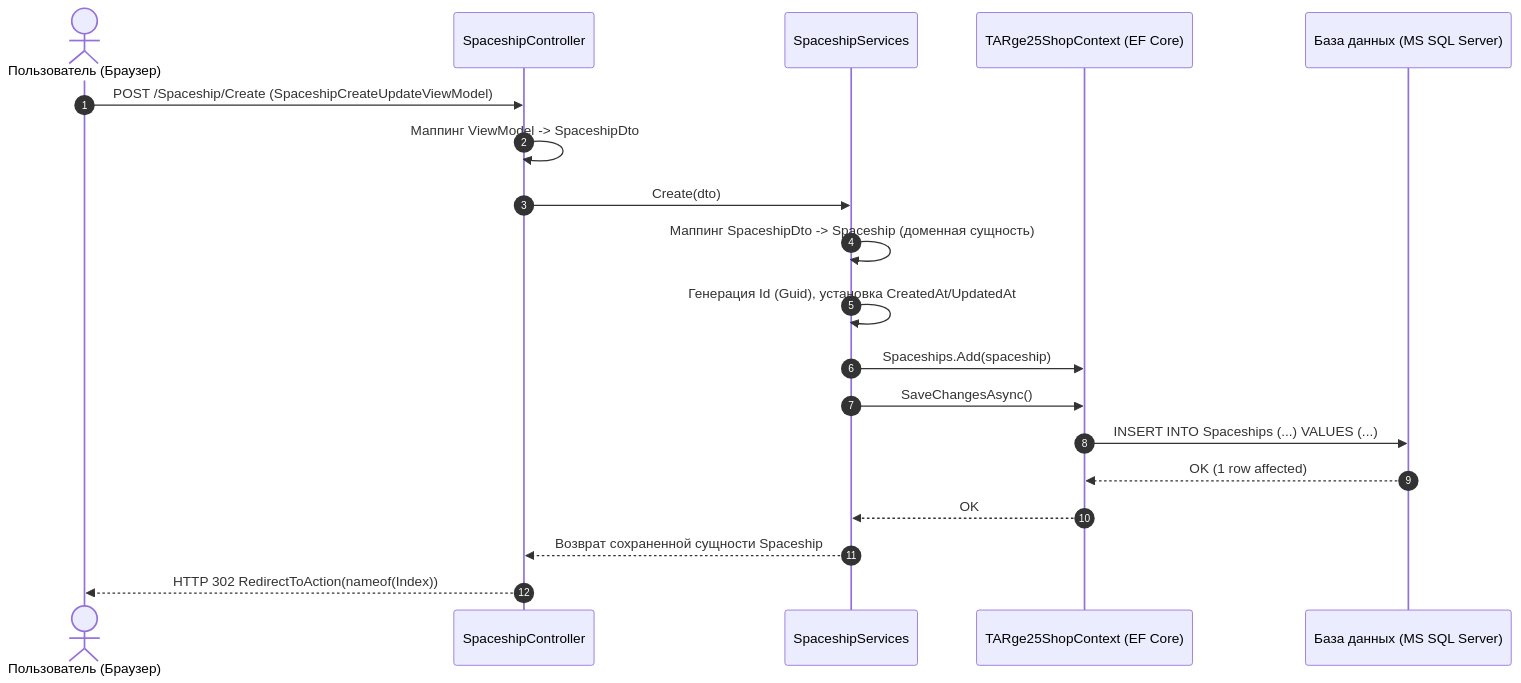
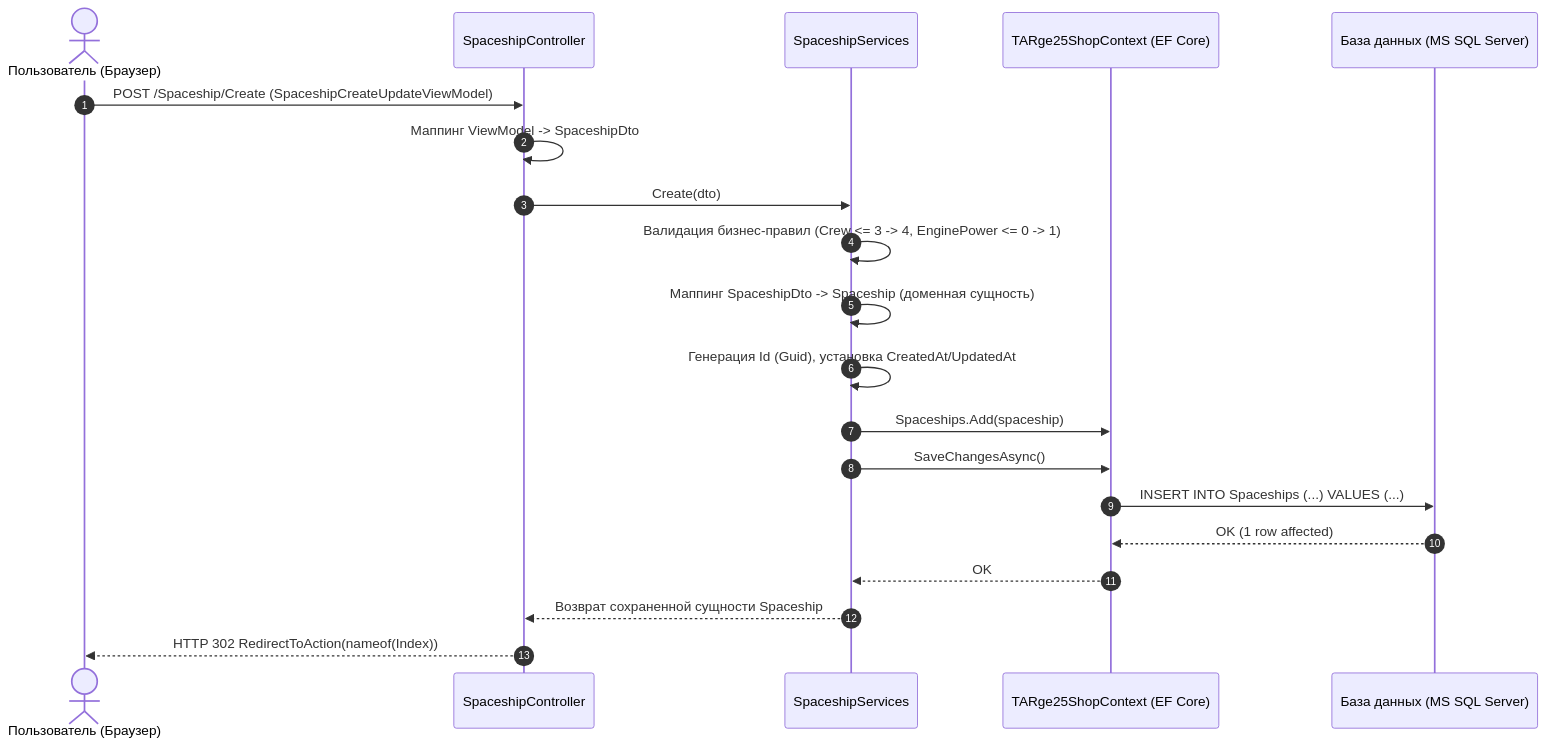
One commit to capnerss/ProgrmTARge25 changed the second of 2 diagrams in ARCHITECTURE.md. Above: the diagram before and after it, drawn with Mermaid. The commit also changed other lines of this file and 32 other files, not shown here.

````diff
--- a/ARCHITECTURE.md
+++ b/ARCHITECTURE.md
@@ -139,22 +195,23 @@
 ```mermaid
 sequenceDiagram
     autonumber
     actor User as Пользователь (Браузер)
     participant Ctrl as SpaceshipController
     participant Svc as SpaceshipServices
     participant DB as TARge25ShopContext (EF Core)
     participant SQL as База данных (MS SQL Server)
 
     User->>Ctrl: POST /Spaceship/Create (SpaceshipCreateUpdateViewModel)
     Ctrl->>Ctrl: Маппинг ViewModel -> SpaceshipDto
     Ctrl->>Svc: Create(dto)
+    Svc->>Svc: Валидация бизнес-правил (Crew <= 3 -> 4, EnginePower <= 0 -> 1)
     Svc->>Svc: Маппинг SpaceshipDto -> Spaceship (доменная сущность)
     Svc->>Svc: Генерация Id (Guid), установка CreatedAt/UpdatedAt
     Svc->>DB: Spaceships.Add(spaceship)
     Svc->>DB: SaveChangesAsync()
     DB->>SQL: INSERT INTO Spaceships (...) VALUES (...)
     SQL-->>DB: OK (1 row affected)
     DB-->>Svc: OK
     Svc-->>Ctrl: Возврат сохраненной сущности Spaceship
     Ctrl-->>User: HTTP 302 RedirectToAction(nameof(Index))
 ```
````
